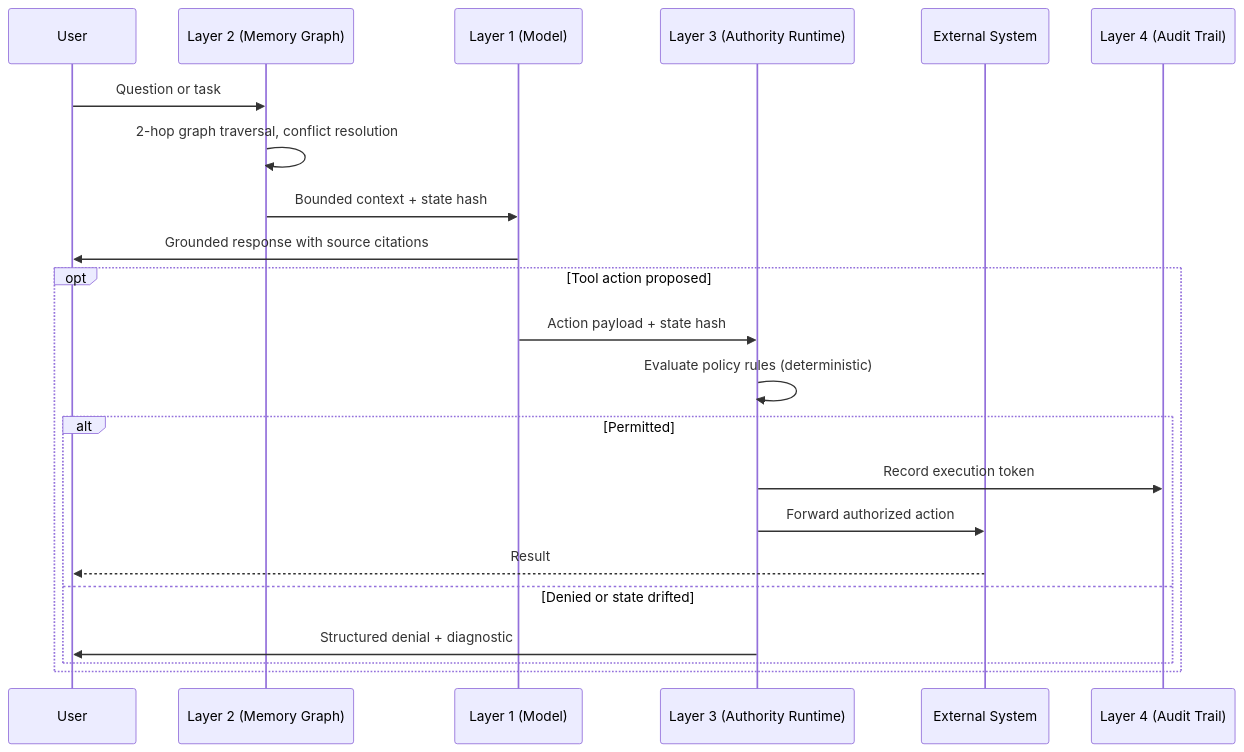
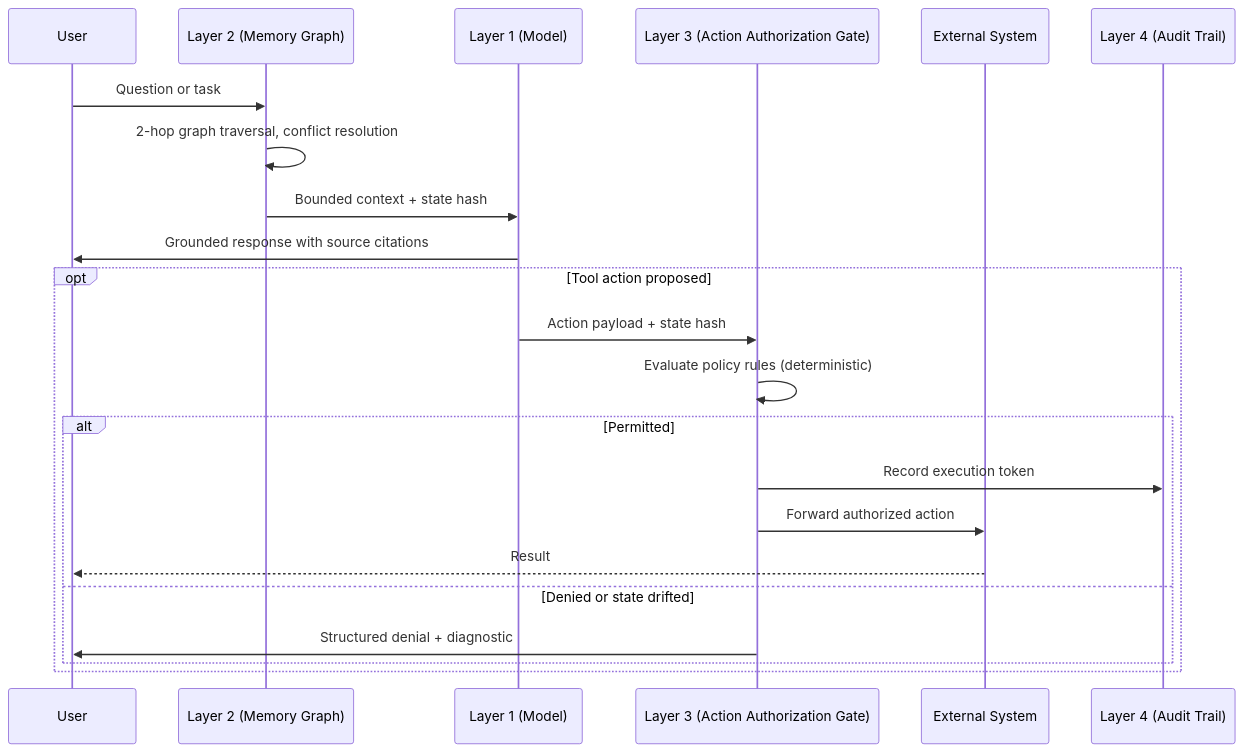
One commit to Richard-Ewing/exogram-protocol-rfc changed the diagram in 0001-exogram-execution-authority.md. Above: the diagram before and after it, drawn with Mermaid. The commit also changed other lines of this file and 4 other files, not shown here.

Commit message:
docs: rebrand Exogram Protocol RFC to 4-layer personal memory and action architecture

````diff
--- a/0001-exogram-execution-authority.md
+++ b/0001-exogram-execution-authority.md
@@ -108,25 +108,25 @@
 ```mermaid
 sequenceDiagram
     participant User as User
     participant Memory as Layer 2 (Memory Graph)
     participant LLM as Layer 1 (Model)
-    participant Gate as Layer 3 (Authority Runtime)
+    participant Gate as Layer 3 (Action Authorization Gate)
     participant Target as External System
     participant Ledger as Layer 4 (Audit Trail)
 
     User->>Memory: Question or task
     Memory->>Memory: 2-hop graph traversal, conflict resolution
     Memory->>LLM: Bounded context + state hash
     LLM->>User: Grounded response with source citations
     opt Tool action proposed
         LLM->>Gate: Action payload + state hash
         Gate->>Gate: Evaluate policy rules (deterministic)
         alt Permitted
             Gate->>Ledger: Record execution token
             Gate->>Target: Forward authorized action
             Target-->>User: Result
         else Denied or state drifted
             Gate->>User: Structured denial + diagnostic
         end
     end
 ```
````
